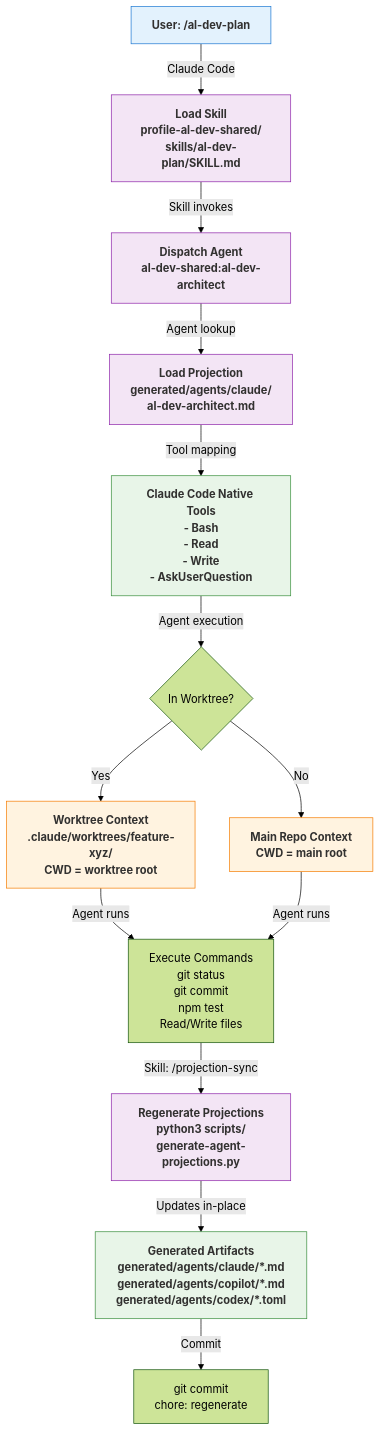
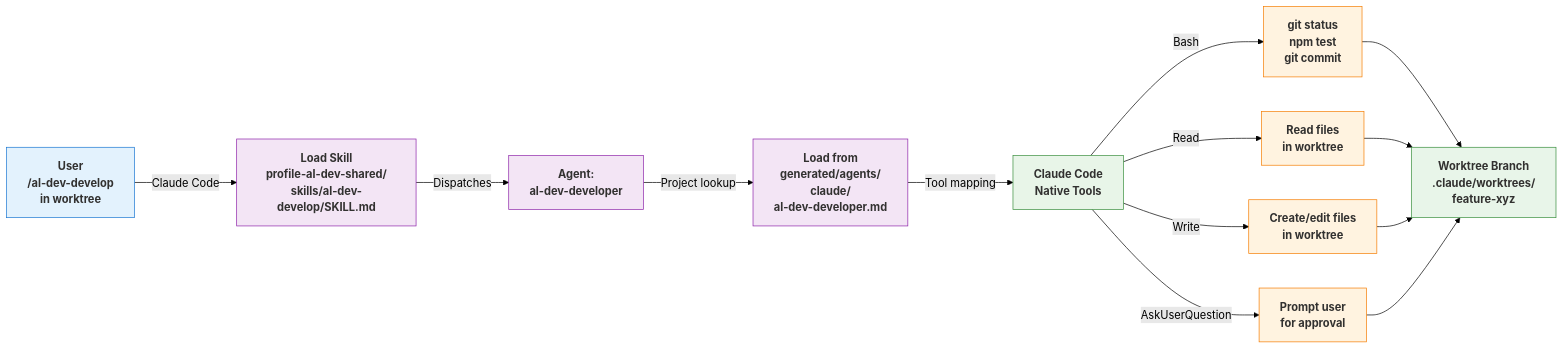
Before and after one commit to russell-laing/al-dev-shared: the second of 2 diagrams in docs/projection-layer-readme.md, drawn with Mermaid (forest theme). The commit also changed other lines of this file, not shown here.

Commit message:
docs: move mermaid diagram to Phase 2 and focus on skill execution
- Relocate diagram to Phase 2: Skill Execution in Worktree
- Focus diagram on skill loading, agent dispatch, and tool execution
- Show how each Claude Code tool operates within worktree context
- Display the complete skill → agent → tool mapping flow
- Update section numbering to reflect diagram placement

Diagram elements:
- Skill loading from plugin
- Agent projection lookup in generated/agents/claude/
- Tool mapping to Claude Code natives (Bash, Read, Write, AskUserQuestion)
- Tool execution within worktree context
- Changes committed to worktree branch

````diff
--- a/docs/projection-layer-readme.md
+++ b/docs/projection-layer-readme.md
@@ -244,25 +202,26 @@
 ```mermaid
-graph TD
-    A["User: /al-dev-plan"] -->|Claude Code| B["Load Skill<br/>profile-al-dev-shared/<br/>skills/al-dev-plan/SKILL.md"]
-    B -->|Skill invokes| C["Dispatch Agent<br/>al-dev-shared:al-dev-architect"]
-    C -->|Agent lookup| D["Load Projection<br/>generated/agents/claude/<br/>al-dev-architect.md"]
-    D -->|Tool mapping| E["Claude Code Native Tools<br/>- Bash<br/>- Read<br/>- Write<br/>- AskUserQuestion"]
-    E -->|Agent execution| F{In Worktree?}
-    F -->|Yes| G["Worktree Context<br/>.claude/worktrees/feature-xyz/<br/>CWD = worktree root"]
-    F -->|No| H["Main Repo Context<br/>CWD = main root"]
-    G -->|Agent runs| I["Execute Commands<br/>git status<br/>git commit<br/>npm test<br/>Read/Write files"]
-    H -->|Agent runs| I
-    I -->|Skill: /projection-sync| J["Regenerate Projections<br/>python3 scripts/<br/>generate-agent-projections.py"]
-    J -->|Updates in-place| K["Generated Artifacts<br/>generated/agents/claude/*.md<br/>generated/agents/copilot/*.md<br/>generated/agents/codex/*.toml"]
-    K -->|Commit| L["git commit<br/>chore: regenerate"]
+graph LR
+    A["User<br/>/al-dev-develop<br/>in worktree"] -->|Claude Code| B["Load Skill<br/>profile-al-dev-shared/<br/>skills/al-dev-develop/SKILL.md"]
+    B -->|Dispatches| C["Agent:<br/>al-dev-developer"]
+    C -->|Project lookup| D["Load from<br/>generated/agents/<br/>claude/<br/>al-dev-developer.md"]
+    D -->|Tool mapping| E["Claude Code<br/>Native Tools"]
+    E -->|Bash| F["git status<br/>npm test<br/>git commit"]
+    E -->|Read| G["Read files<br/>in worktree"]
+    E -->|Write| H["Create/edit files<br/>in worktree"]
+    E -->|AskUserQuestion| I["Prompt user<br/>for approval"]
+    F --> J["Worktree Branch<br/>.claude/worktrees/<br/>feature-xyz"]
+    G --> J
+    H --> J
+    I --> J
     
     style A fill:#e3f2fd,stroke:#1976d2,color:#323130,font-weight:bold
     style B fill:#f3e5f5,stroke:#8e24aa,color:#323130,font-weight:bold
     style C fill:#f3e5f5,stroke:#8e24aa,color:#323130,font-weight:bold
     style D fill:#f3e5f5,stroke:#8e24aa,color:#323130,font-weight:bold
     style E fill:#e8f5e8,stroke:#388e3c,color:#323130,font-weight:bold
+    style F fill:#fff3e0,stroke:#f57c00,color:#323130,font-weight:bold
     style G fill:#fff3e0,stroke:#f57c00,color:#323130,font-weight:bold
     style H fill:#fff3e0,stroke:#f57c00,color:#323130,font-weight:bold
-    style J fill:#f3e5f5,stroke:#8e24aa,color:#323130,font-weight:bold
-    style K fill:#e8f5e8,stroke:#388e3c,color:#323130,font-weight:bold
+    style I fill:#fff3e0,stroke:#f57c00,color:#323130,font-weight:bold
+    style J fill:#e8f5e9,stroke:#388e3c,color:#323130,font-weight:bold
 ```
````
